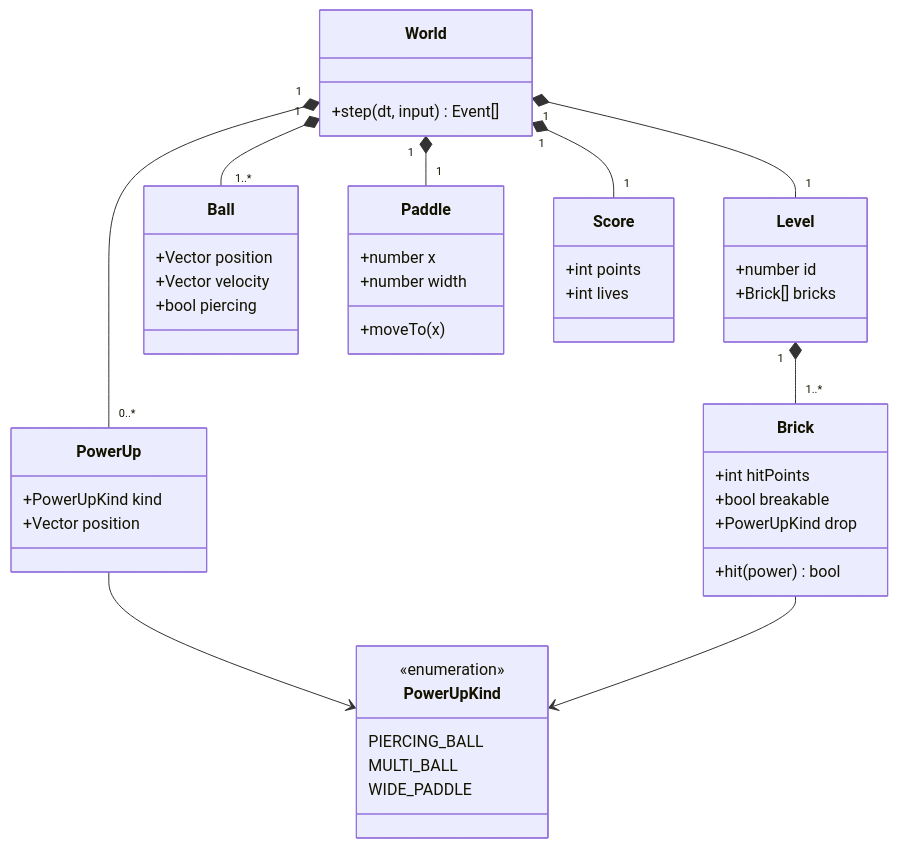
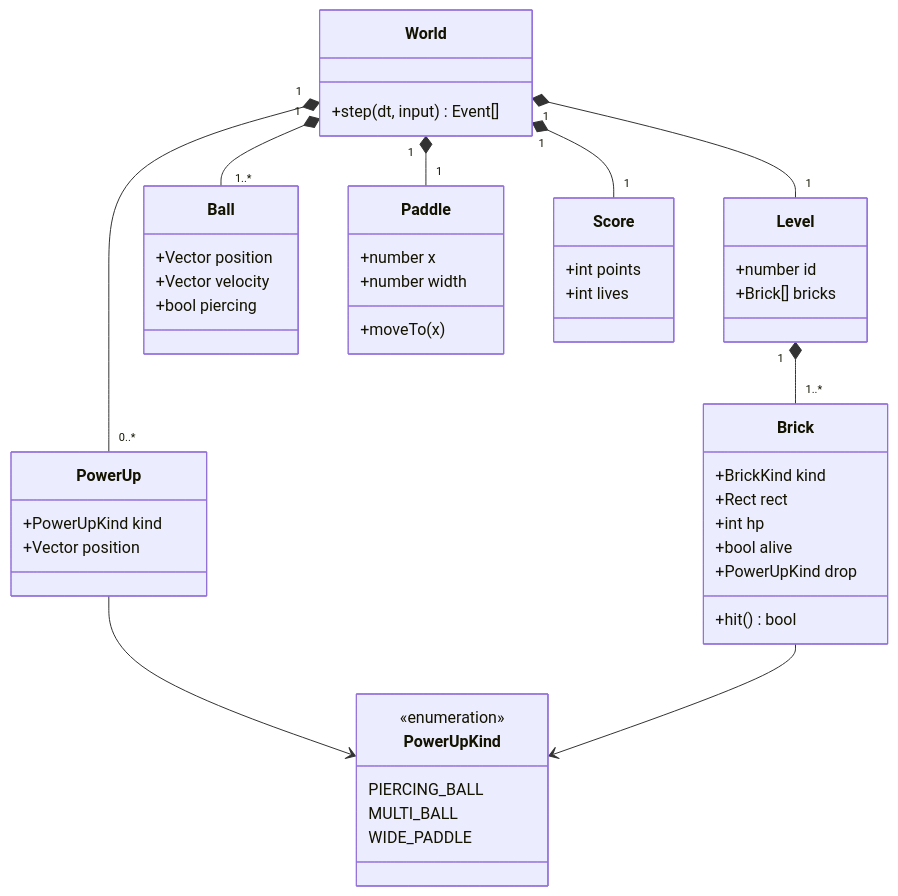
One commit to benoit-bremaud/retro-bounce changed the diagram in docs/architecture/diagrams/gameplay/04-class.md. Above: the diagram before and after it, drawn with Mermaid. The commit also changed other lines of this file and 12 other files, not shown here.

````diff
--- a/docs/architecture/diagrams/gameplay/04-class.md
+++ b/docs/architecture/diagrams/gameplay/04-class.md
@@ -11,48 +11,50 @@
 ```mermaid
 classDiagram
   class World {
     +step(dt, input) Event[]
   }
   class Level {
     +number id
     +Brick[] bricks
   }
   class Brick {
-    +int hitPoints
-    +bool breakable
+    +BrickKind kind
+    +Rect rect
+    +int hp
+    +bool alive
     +PowerUpKind drop
-    +hit(power) bool
+    +hit() bool
   }
   class Ball {
     +Vector position
     +Vector velocity
     +bool piercing
   }
   class Paddle {
     +number x
     +number width
     +moveTo(x)
   }
   class PowerUp {
     +PowerUpKind kind
     +Vector position
   }
   class PowerUpKind {
     <<enumeration>>
     PIERCING_BALL
     MULTI_BALL
     WIDE_PADDLE
   }
   class Score {
     +int points
     +int lives
   }
   World "1" *-- "1" Level
   World "1" *-- "1..*" Ball
   World "1" *-- "1" Paddle
   World "1" *-- "0..*" PowerUp
   World "1" *-- "1" Score
   Level "1" *-- "1..*" Brick
   PowerUp --> PowerUpKind
   Brick --> PowerUpKind
 ```
````
